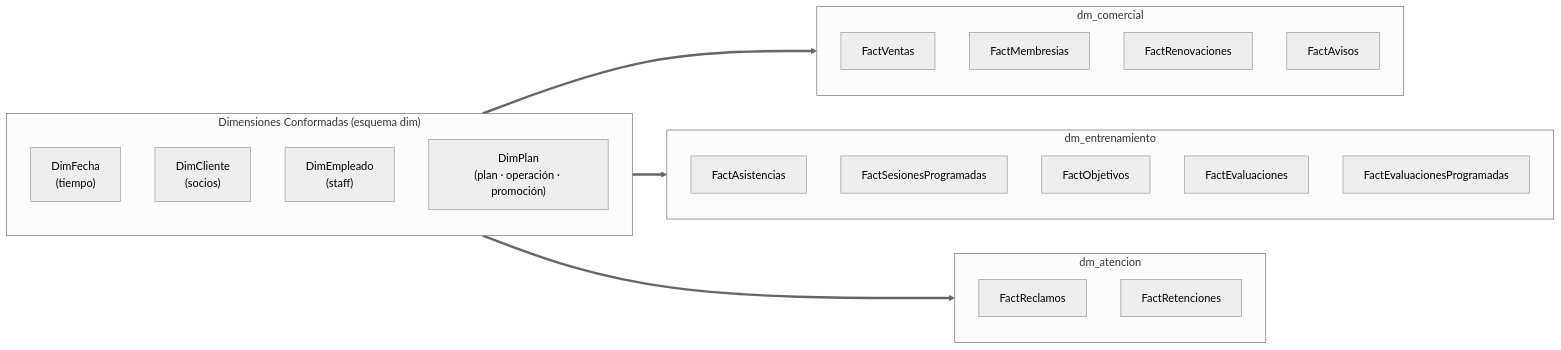
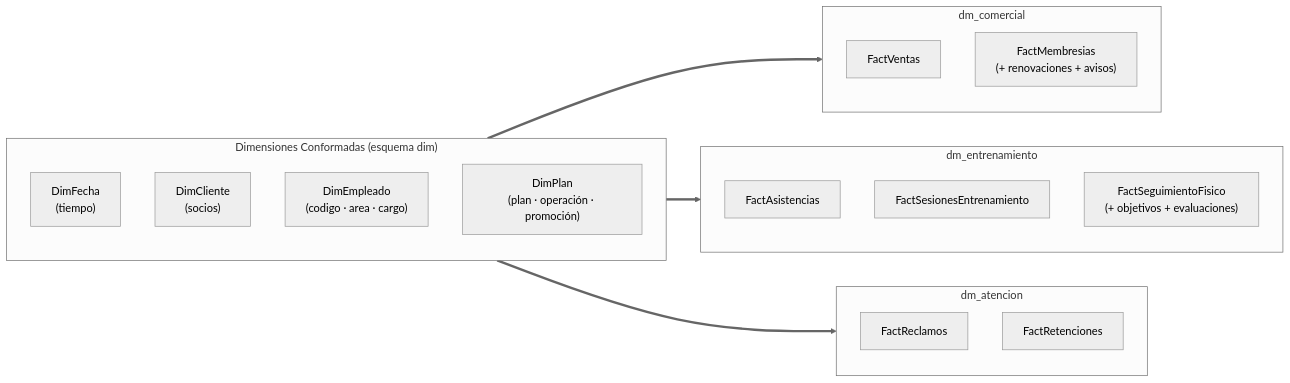
One commit to leroy-s2/vip-center-fit-bi changed the first of 2 diagrams in README.md. Above: the diagram before and after it, drawn with Mermaid (neutral theme). The commit also changed other lines of this file and 34 other files, not shown here.

````diff
--- a/README.md
+++ b/README.md
@@ -60,34 +63,30 @@
 ```mermaid
 flowchart LR
   subgraph DIM["Dimensiones Conformadas (esquema dim)"]
     direction TB
     DF["DimFecha<br>(tiempo)"]
     DC["DimCliente<br>(socios)"]
-    DE["DimEmpleado<br>(staff)"]
+    DE["DimEmpleado<br>(codigo · area · cargo)"]
     DP["DimPlan<br>(plan · operación · promoción)"]
   end
 
   subgraph DMC["dm_comercial"]
     FV["FactVentas"]
-    FM["FactMembresias"]
-    FR["FactRenovaciones"]
-    FA["FactAvisos"]
+    FM["FactMembresias<br>(+ renovaciones + avisos)"]
   end
 
   subgraph DME["dm_entrenamiento"]
     FAS["FactAsistencias"]
-    FSP["FactSesionesProgramadas"]
-    FO["FactObjetivos"]
-    FE["FactEvaluaciones"]
-    FEP["FactEvaluacionesProgramadas"]
+    FSE["FactSesionesEntrenamiento"]
+    FSF["FactSeguimientoFisico<br>(+ objetivos + evaluaciones)"]
   end
 
   subgraph DMA["dm_atencion"]
     FRE["FactReclamos"]
     FRT["FactRetenciones"]
   end
 
   DIM ==> DMC
   DIM ==> DME
   DIM ==> DMA
 ```
````
